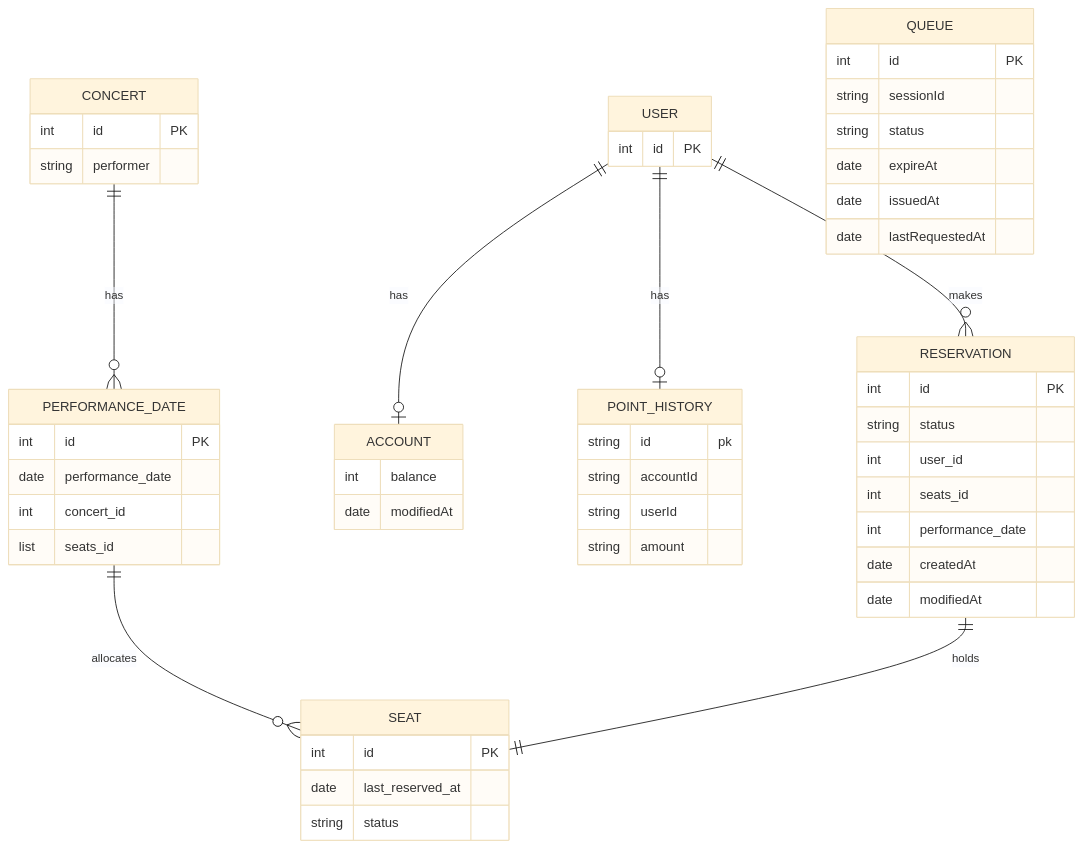
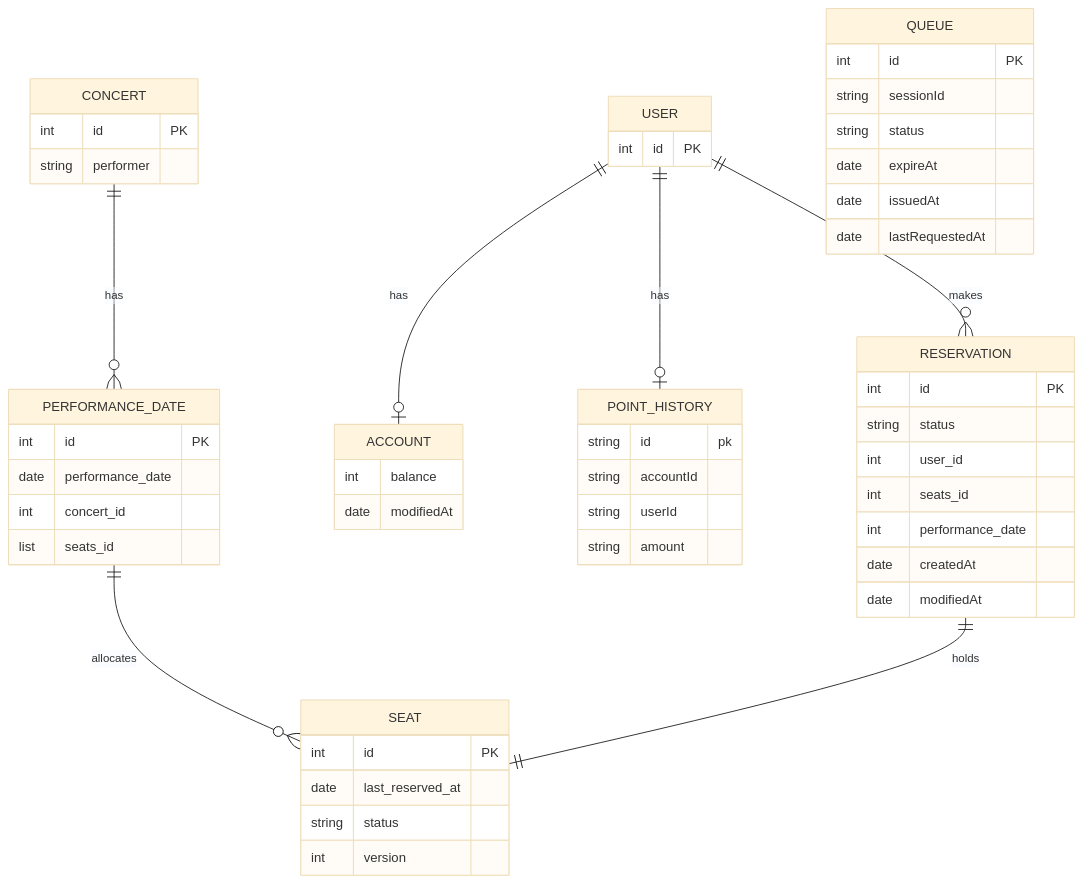
The diagram in docs/markdown/3.ER 다이어그램.md (hpp-backend-15/java-concert-joonhyeokyang), drawn with Mermaid (base theme) before and after one commit. The commit also changed 1 other file, not shown here.

Commit message:
doc: seat version 추가

````diff
--- a/docs/markdown/3.ER 다이어그램.md
+++ b/docs/markdown/3.ER 다이어그램.md
@@ -3,63 +3,64 @@
 ```mermaid
 erDiagram
     CONCERT {
         int id PK
         string performer
     }
 
     PERFORMANCE_DATE {
         int id PK
         date performance_date
         int concert_id
         list seats_id
     }
 
     SEAT {
         int id PK
         date last_reserved_at
         string status
+        int version
     }
 
     USER {
         int id PK
     }
     
     ACCOUNT{
         int balance
         date modifiedAt
     }
     
     QUEUE{
         int id PK
         string sessionId
         string status
         date expireAt
         date issuedAt
         date lastRequestedAt
     }
     
     
     POINT_HISTORY{
         string id pk
         string accountId
         string userId
         string amount
     }
 
     RESERVATION {
         int id PK
         string status
         int user_id
         int seats_id
         int performance_date
         date createdAt
         date modifiedAt
     }
 
     CONCERT ||--o{ PERFORMANCE_DATE: "has"
     PERFORMANCE_DATE ||--o{ SEAT: "allocates"
     USER ||--o{ RESERVATION: "makes"
     USER ||--o| ACCOUNT: "has"
     USER ||--o| POINT_HISTORY: "has"
     RESERVATION ||--|| SEAT: "holds"
 ```
````
